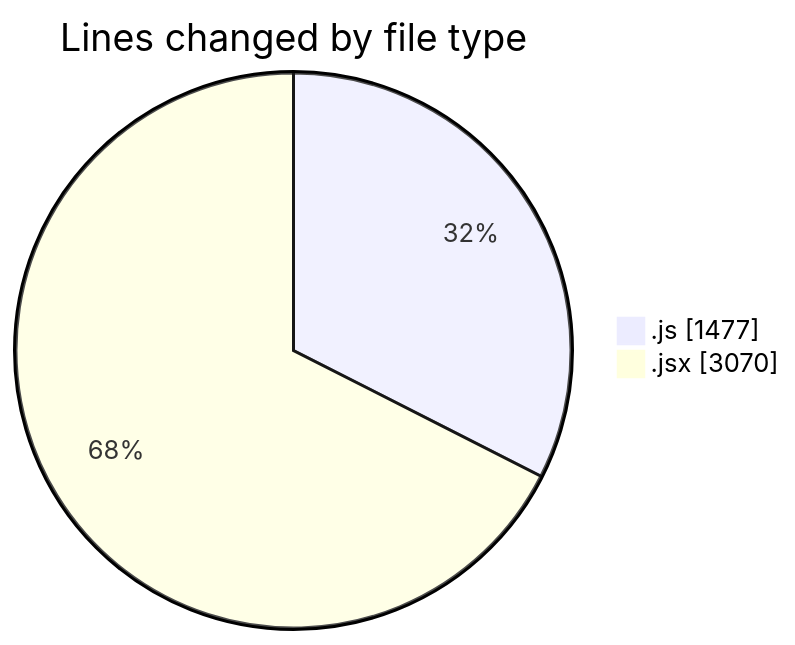
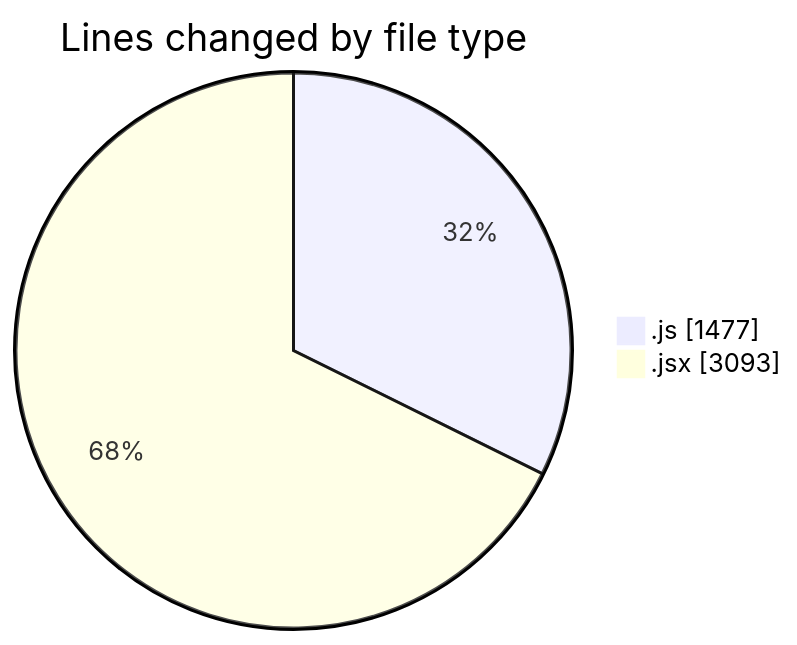
One commit to nxtqubesakshisongat/code-tracking changed the first of 2 diagrams in 2025-09-19/nxtqube_webapp/README.md. Above: the diagram before and after it, drawn with Mermaid. The commit also changed other lines of this file and 1 other file, not shown here.

````diff
--- a/2025-09-19/nxtqube_webapp/README.md
+++ b/2025-09-19/nxtqube_webapp/README.md
@@ -25,6 +25,6 @@
 ```mermaid
 pie showData
 title Lines changed by file type
 ".js" : 1477
-".jsx" : 3070
+".jsx" : 3093
 ```
````
